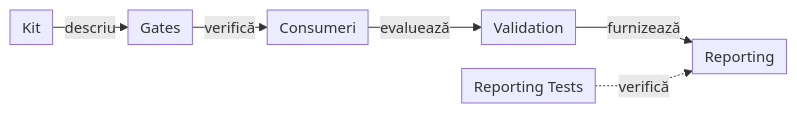
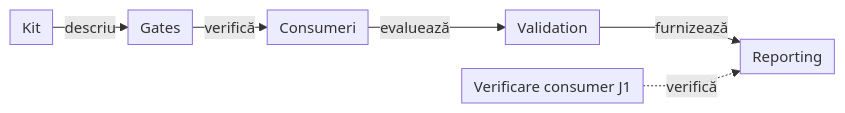
The fifth of 5 diagrams in docs/ATF_AI_Evaluation_Design.md (crististefanita/atf_j1), drawn with Mermaid before and after one commit. The commit also changed other lines of this file and 64 other files, not shown here.

````diff
--- a/docs/ATF_AI_Evaluation_Design.md
+++ b/docs/ATF_AI_Evaluation_Design.md
@@ -1505,9 +1506,9 @@
 ```mermaid
 %%{init: {"themeVariables":{"fontSize":"15px"},"themeCSS":".nodeLabel, .nodeLabel p { font-size: 15px !important; line-height: 1.35 !important; } .edgeLabel, .edgeLabel p { font-size: 12px !important; font-weight: 400 !important; line-height: 1.2 !important; } .edgeLabel .labelBkg, .edgeLabel p { background: transparent !important; } .edgeLabel foreignObject { transform: translateY(-18px); overflow: visible; } .node rect { rx: 6px; ry: 6px; }","flowchart":{"curve":"linear","nodeSpacing":24,"rankSpacing":24,"padding":6,"diagramPadding":20}}}%%
 flowchart LR
     Kit["Kit"] -->|descriu| Gates["Gates"]
     Gates -->|verifică| Consumer["Consumeri"]
     Consumer -->|evaluează| Validation["Validation"]
     Validation -->|furnizează| Report["Reporting"]
-    Proof["Reporting Tests"] -.->|verifică| Report
+    Proof["Verificare consumer J1"] -.->|verifică| Report
 ```
````
